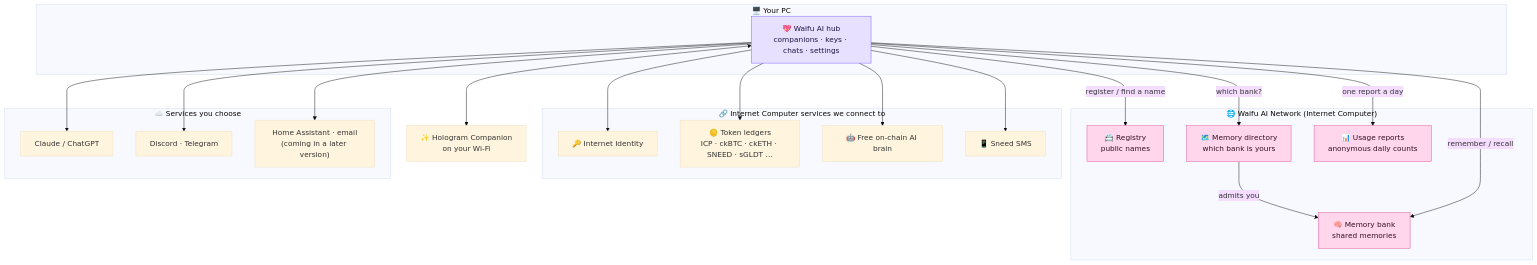
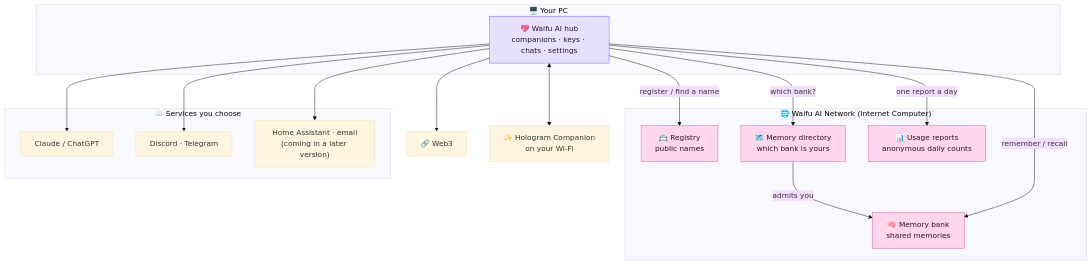
Before and after one commit to Smugandcomfy/waifu-ai-desktop: the first of 5 diagrams in docs/NETWORK.md, drawn with Mermaid (base theme). The commit also changed other lines of this file and 33 other files, not shown here.

First line of the commit message:
Redesign the docs: fresh screenshots, diagrams, How it works

````diff
--- a/docs/NETWORK.md
+++ b/docs/NETWORK.md
@@ -25,47 +27,39 @@
 ```mermaid
 flowchart TB
     subgraph PC["🖥️ Your PC"]
         HUB["💖 Waifu AI hub<br/>companions · keys · chats · settings"]
     end
 
     subgraph WAN["🌐 Waifu AI Network (Internet Computer)"]
         REG["📇 Registry<br/>public names"]
         DIR["🗺️ Memory directory<br/>which bank is yours"]
         BANK["🧠 Memory bank<br/>shared memories"]
         TEL["📊 Usage reports<br/>anonymous daily counts"]
     end
 
-    subgraph IC["🔗 Internet Computer services we connect to"]
-        II["🔑 Internet Identity"]
-        LED["🪙 Token ledgers<br/>ICP · ckBTC · ckETH · SNEED · sGLDT …"]
-        LLM["🤖 Free on-chain AI brain"]
-        SMS["📱 Sneed SMS"]
-    end
+    WEB3["🔗 Web3"]
 
     subgraph OUT["☁️ Services you choose"]
         AI["Claude / ChatGPT"]
         CHAT["Discord · Telegram"]
         HOME["Home Assistant · email<br/>(coming in a later version)"]
     end
 
     HOLO["✨ Hologram Companion<br/>on your Wi-Fi"]
 
     HUB -- "register / find a name" --> REG
     HUB -- "which bank?" --> DIR
     DIR -- "admits you" --> BANK
     HUB -- "remember / recall" --> BANK
     HUB -- "one report a day" --> TEL
-    HUB --> II
-    HUB --> LED
-    HUB --> LLM
-    HUB --> SMS
+    HUB --> WEB3
     HUB --> AI
     HUB --> CHAT
     HUB --> HOME
     HUB <--> HOLO
 
     classDef ours fill:#ffd6ec,stroke:#e0559b,color:#3a0d24;
     classDef pc fill:#e8e0ff,stroke:#7a5cff,color:#1f1340;
     class REG,DIR,BANK,TEL ours;
     class HUB pc;
 ```
````
